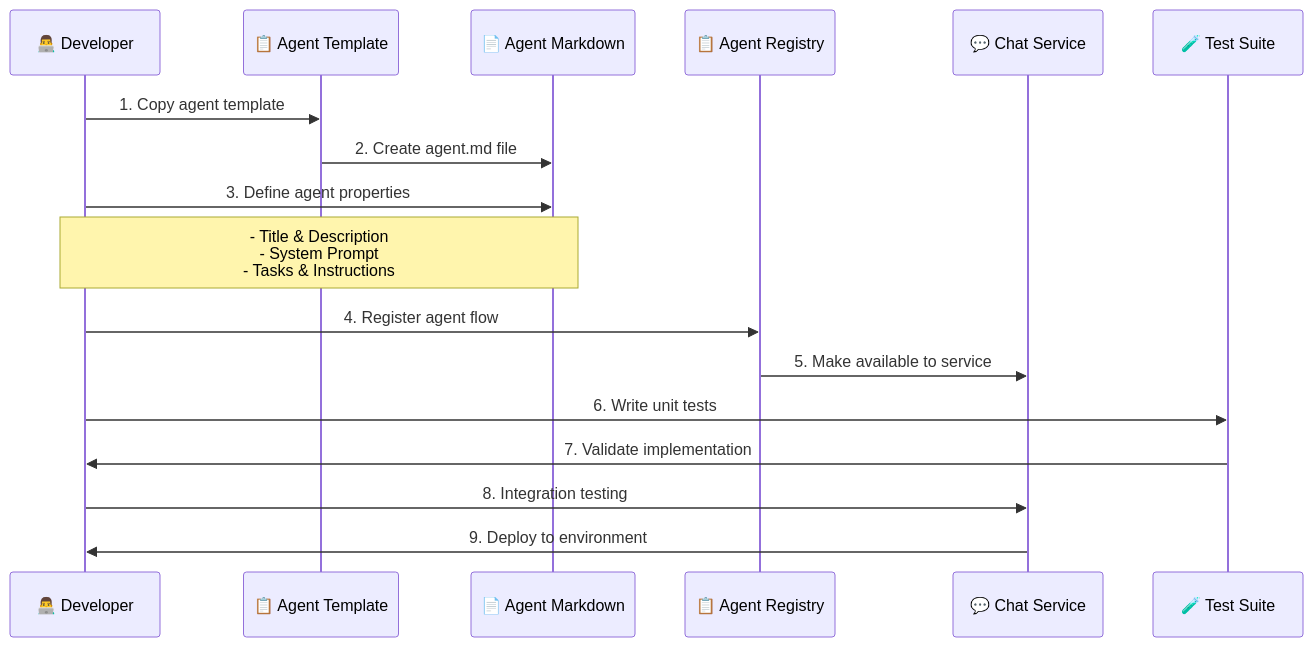
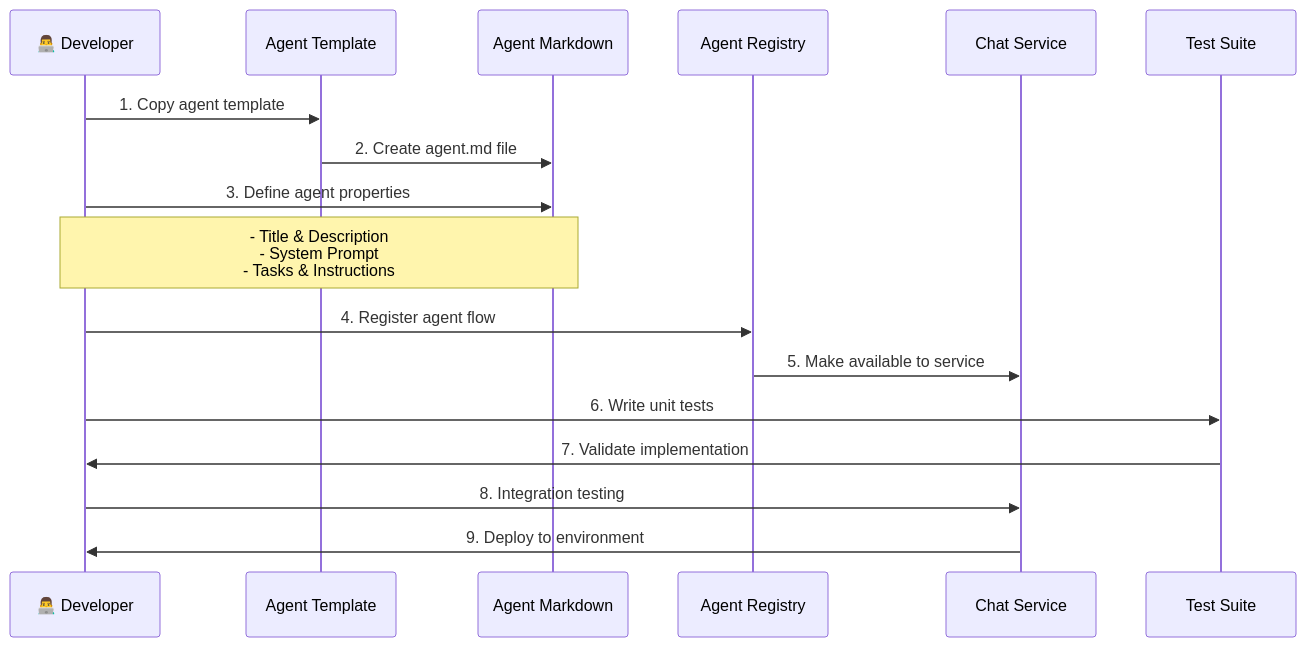
Before and after one commit to the-ingenious-dark-knight/Insight_Ingenious: the fifth of 11 diagrams in docs/development/README.md, drawn with Mermaid. The commit also changed other lines of this file and 23 other files, not shown here.

````diff
--- a/docs/development/README.md
+++ b/docs/development/README.md
@@ -442,21 +442,21 @@
 ```mermaid
 sequenceDiagram
     participant Dev as 👨‍💻 Developer
-    participant Template as 📋 Agent Template
-    participant AgentMD as 📄 Agent Markdown
-    participant Registry as 📋 Agent Registry
-    participant Service as 💬 Chat Service
-    participant Test as 🧪 Test Suite
+    participant Template as  Agent Template
+    participant AgentMD as  Agent Markdown
+    participant Registry as  Agent Registry
+    participant Service as  Chat Service
+    participant Test as  Test Suite
 
     Dev->>Template: 1. Copy agent template
     Template->>AgentMD: 2. Create agent.md file
     Dev->>AgentMD: 3. Define agent properties
     Note over Dev,AgentMD: - Title & Description<br/>- System Prompt<br/>- Tasks & Instructions
 
     Dev->>Registry: 4. Register agent flow
     Registry->>Service: 5. Make available to service
     Dev->>Test: 6. Write unit tests
     Test->>Dev: 7. Validate implementation
     Dev->>Service: 8. Integration testing
     Service->>Dev: 9. Deploy to environment
 ```
````
